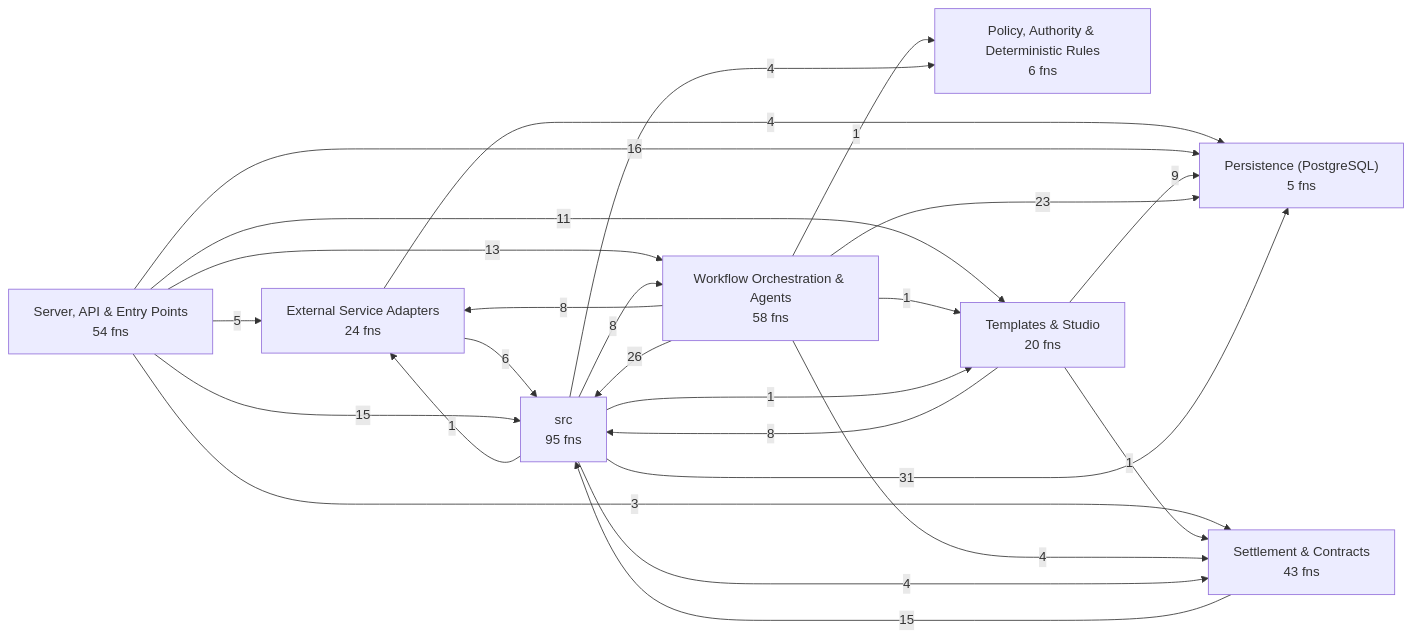
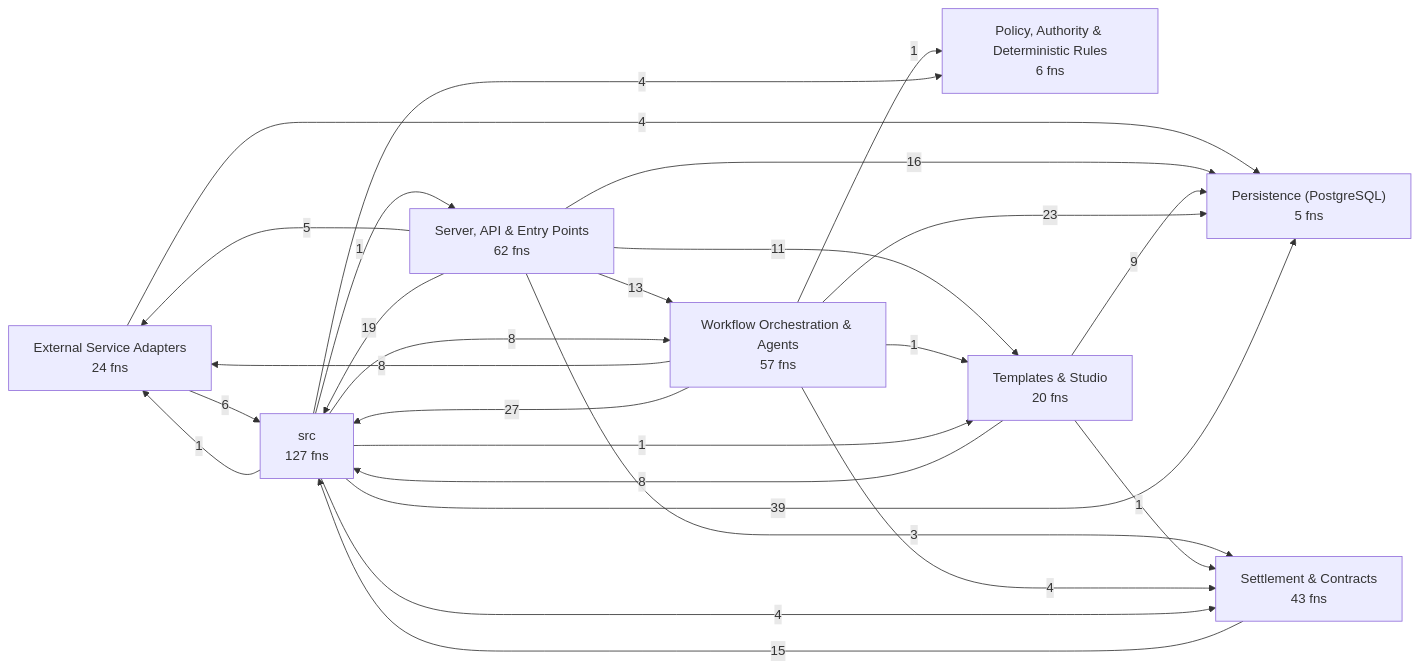
One commit to Jaydearcadian/bind changed the first of 8 diagrams in docs/CODEBASE_MAP.md. Above: the diagram before and after it, drawn with Mermaid. The commit also changed other lines of this file and 21 other files, not shown here.

````diff
--- a/docs/CODEBASE_MAP.md
+++ b/docs/CODEBASE_MAP.md
@@ -12,35 +12,36 @@
 ```mermaid
 flowchart LR
   L0["External Service Adapters<br/>24 fns"]
   L1["Persistence (PostgreSQL)<br/>5 fns"]
   L2["Policy, Authority & Deterministic Rules<br/>6 fns"]
-  L3["Server, API & Entry Points<br/>54 fns"]
+  L3["Server, API & Entry Points<br/>62 fns"]
   L4["Settlement & Contracts<br/>43 fns"]
   L5["Templates & Studio<br/>20 fns"]
-  L6["Workflow Orchestration & Agents<br/>58 fns"]
-  L7["src<br/>95 fns"]
+  L6["Workflow Orchestration & Agents<br/>57 fns"]
+  L7["src<br/>127 fns"]
   L0 -->|4| L1
   L0 -->|6| L7
   L3 -->|5| L0
   L3 -->|16| L1
   L3 -->|3| L4
   L3 -->|11| L5
   L3 -->|13| L6
-  L3 -->|15| L7
+  L3 -->|19| L7
   L4 -->|15| L7
   L5 -->|9| L1
   L5 -->|1| L4
   L5 -->|8| L7
   L6 -->|8| L0
   L6 -->|23| L1
   L6 -->|1| L2
   L6 -->|4| L4
   L6 -->|1| L5
-  L6 -->|26| L7
+  L6 -->|27| L7
   L7 -->|1| L0
-  L7 -->|31| L1
+  L7 -->|39| L1
   L7 -->|4| L2
+  L7 -->|1| L3
   L7 -->|4| L4
   L7 -->|1| L5
   L7 -->|8| L6
 ```
````
